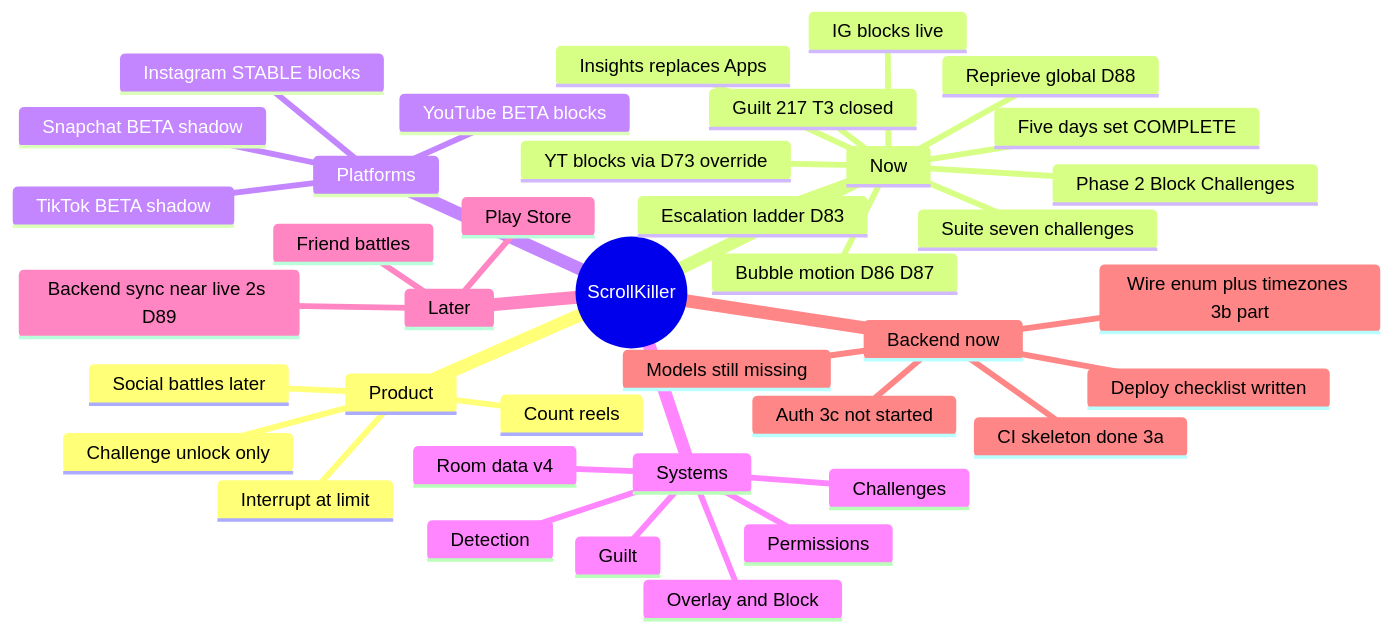
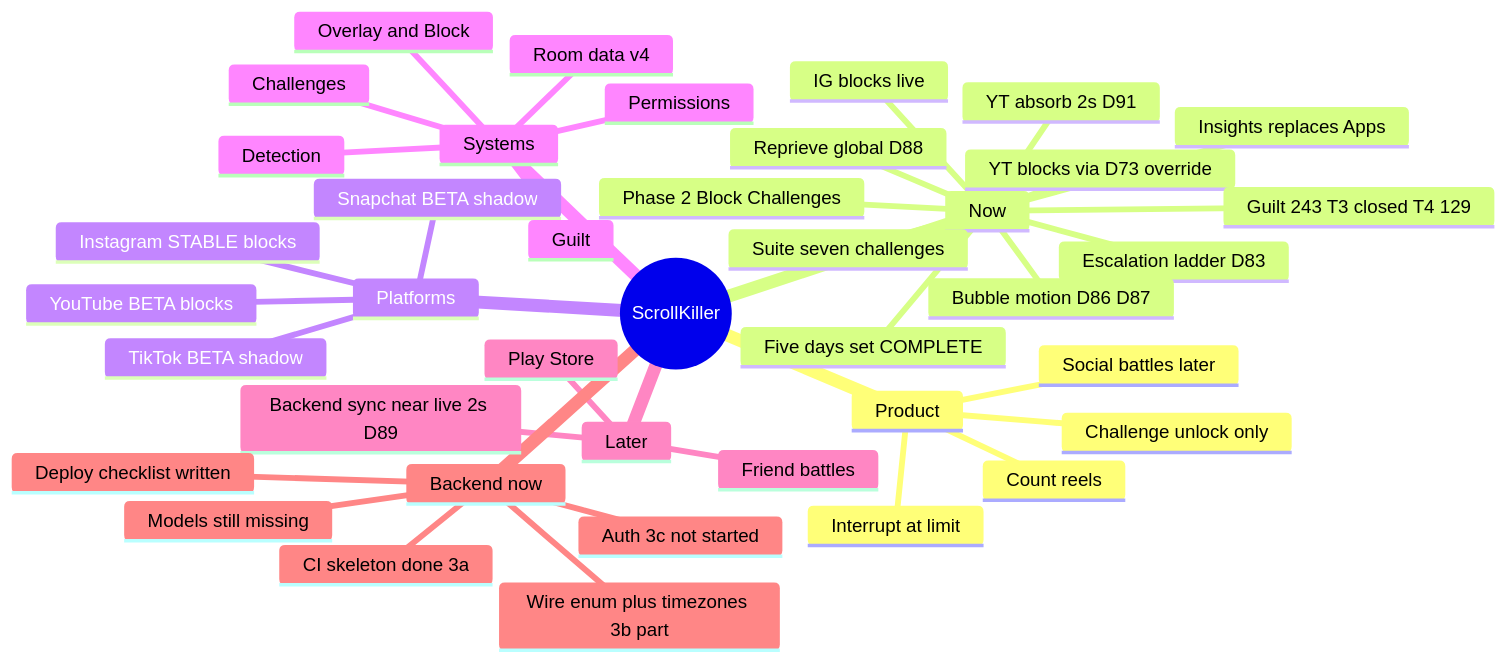
The diagram in ScrollKiller/ScrollKiller.md (BasitScribe/ScrollKiller), drawn with Mermaid before and after one commit. The commit also changed other lines of this file and 22 other files, not shown here.

````diff
--- a/ScrollKiller/ScrollKiller.md
+++ b/ScrollKiller/ScrollKiller.md
@@ -14,42 +13,43 @@
 ```mermaid
 mindmap
   root((ScrollKiller))
     Product
       Count reels
       Interrupt at limit
       Challenge unlock only
       Social battles later
     Now
       Phase 2 Block Challenges
       IG blocks live
       YT blocks via D73 override
       Suite seven challenges
       Escalation ladder D83
       Insights replaces Apps
-      Guilt 217 T3 closed
+      Guilt 243 T3 closed T4 129
+      YT absorb 2s D91
       Bubble motion D86 D87
       Reprieve global D88
       Five days set COMPLETE
     Platforms
       Instagram STABLE blocks
       YouTube BETA blocks
       TikTok BETA shadow
       Snapchat BETA shadow
     Systems
       Detection
       Overlay and Block
       Guilt
       Challenges
       Room data v4
       Permissions
     Later
       Backend sync near live 2s D89
       Friend battles
       Play Store
     Backend now
       CI skeleton done 3a
       Wire enum plus timezones 3b part
       Models still missing
       Auth 3c not started
       Deploy checklist written
 ```
````
